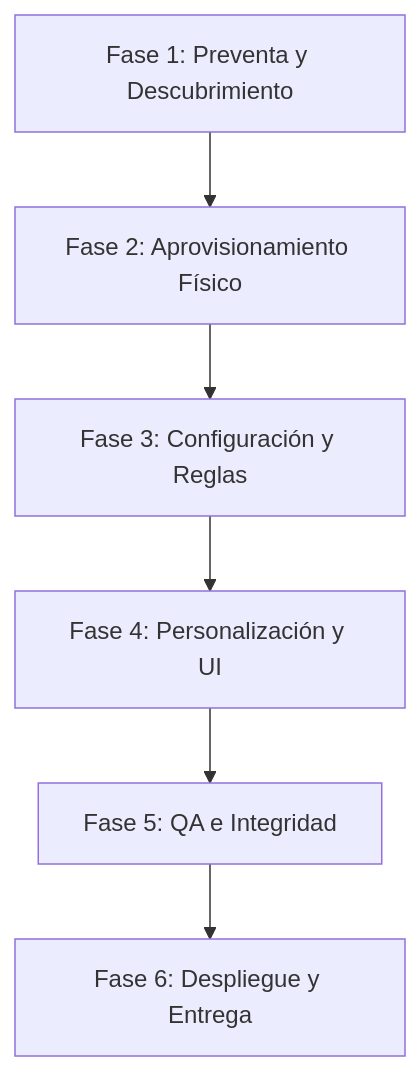
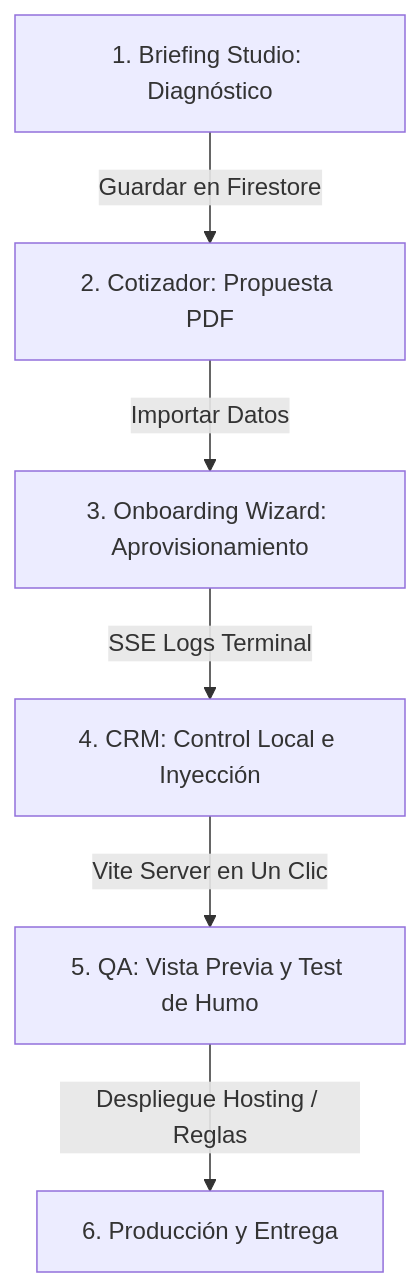
Before and after one commit to DEVPROTOTIPE/PROTOTIPE: the diagram in Documentacion PROTOTIPE/07_Manuales_Desarrollo/guia_flujo_completo_cliente_entrega.md, drawn with Mermaid. The commit also changed other lines of this file and 1 other file, not shown here.

Commit message:
Auto-Snapshot [develop]: Mod: sync_manifest.json, guia_flujo_completo_cliente_entrega.md

````diff
--- a/Documentacion PROTOTIPE/07_Manuales_Desarrollo/guia_flujo_completo_cliente_entrega.md
+++ b/Documentacion PROTOTIPE/07_Manuales_Desarrollo/guia_flujo_completo_cliente_entrega.md
@@ -8,8 +9,8 @@
 ```mermaid
 graph TD
-    A[Fase 1: Preventa y Descubrimiento] --> B[Fase 2: Aprovisionamiento Físico]
-    B --> C[Fase 3: Configuración y Reglas]
-    C --> D[Fase 4: Personalización y UI]
-    D --> E[Fase 5: QA e Integridad]
-    E --> F[Fase 6: Despliegue y Entrega]
+    A[1. Briefing Studio: Diagnóstico] -->|Guardar en Firestore| B[2. Cotizador: Propuesta PDF]
+    B -->|Importar Datos| C[3. Onboarding Wizard: Aprovisionamiento]
+    C -->|SSE Logs Terminal| D[4. CRM: Control Local e Inyección]
+    D -->|Vite Server en Un Clic| E[5. QA: Vista Previa y Test de Humo]
+    E -->|Despliegue Hosting / Reglas| F[6. Producción y Entrega]
 ```
````
